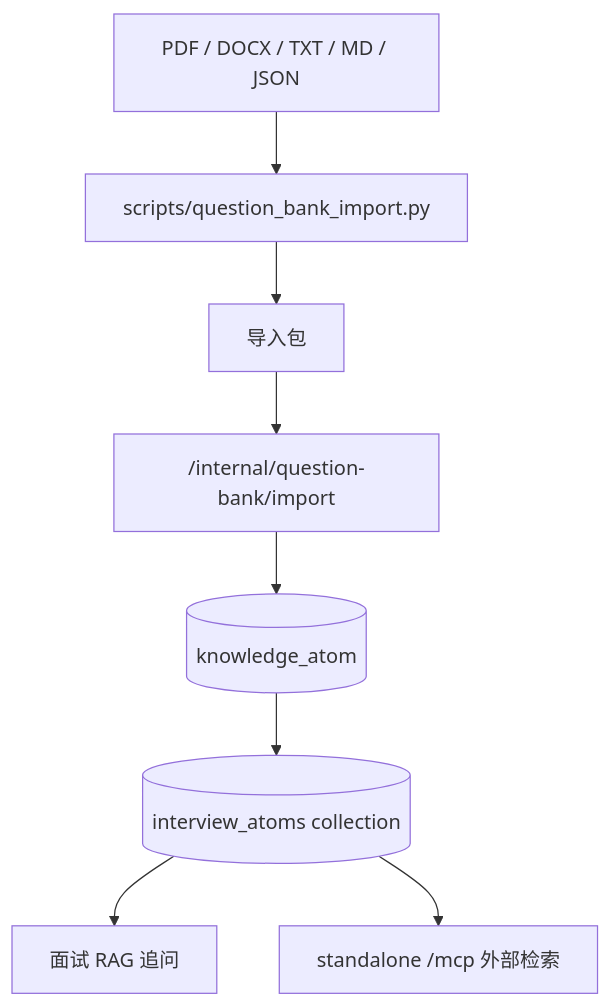
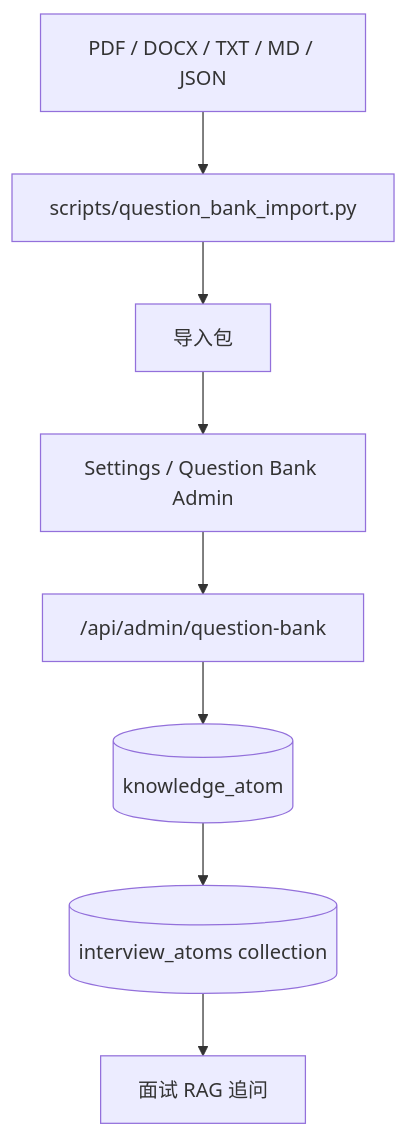
One commit to nzy0510/AI-Interview changed the second of 2 diagrams in README.md. Above: the diagram before and after it, drawn with Mermaid. The commit also changed other lines of this file and 10 other files, not shown here.

````diff
--- a/README.md
+++ b/README.md
@@ -178,10 +171,10 @@
 ```mermaid
 graph TD
     Source["PDF / DOCX / TXT / MD / JSON"] --> Script["scripts/question_bank_import.py"]
     Script --> Package["导入包"]
-    Package --> API["/internal/question-bank/import"]
+    Package --> Admin["Settings / Question Bank Admin"]
+    Admin --> API["/api/admin/question-bank"]
     API --> MySQL[("knowledge_atom")]
     MySQL --> Qdrant[("interview_atoms collection")]
     Qdrant --> Interview["面试 RAG 追问"]
-    Qdrant --> MCP["standalone /mcp 外部检索"]
 ```
````
